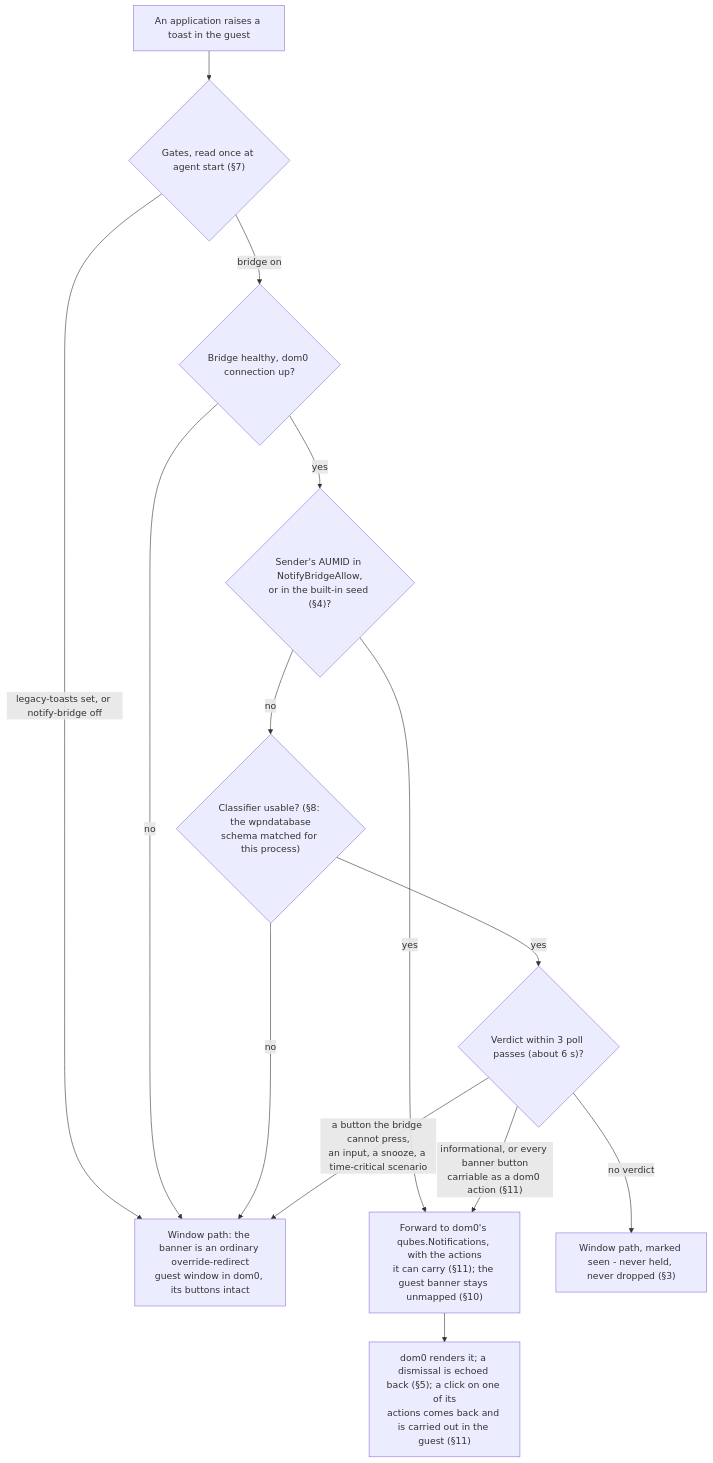
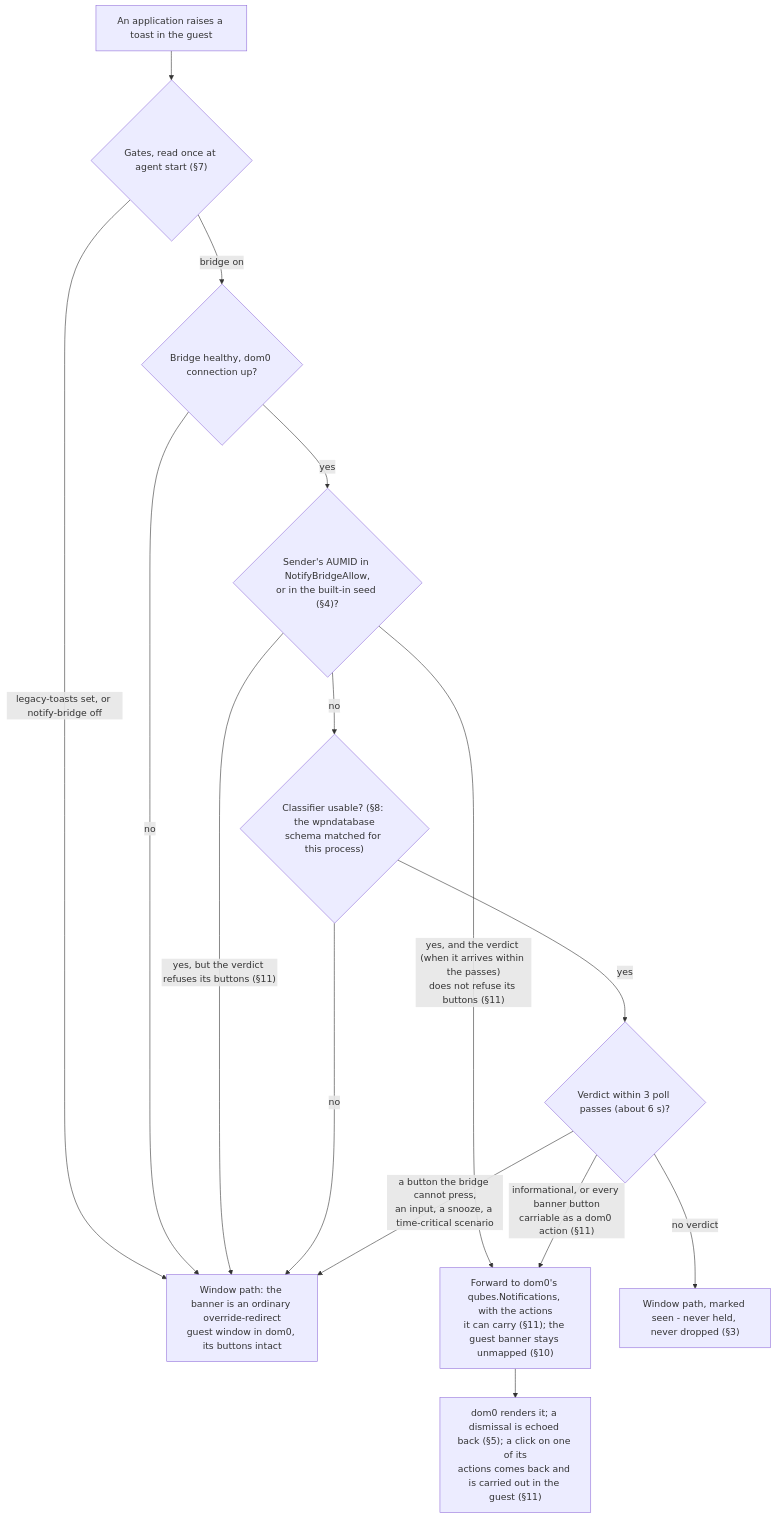
One commit to arkenoi/qubes-win-idd-driver changed the diagram in docs/ADR-toasts.md. Above: the diagram before and after it, drawn with Mermaid. The commit also changed other lines of this file and 6 other files, not shown here.

````diff
--- a/docs/ADR-toasts.md
+++ b/docs/ADR-toasts.md
@@ -41,16 +42,17 @@
 ```mermaid
 flowchart TD
     A["An application raises a toast in the guest"] --> G{"Gates, read once at agent start (§7)"}
     G -->|"legacy-toasts set, or notify-bridge off"| W["Window path: the banner is an ordinary override-redirect<br/>guest window in dom0, its buttons intact"]
     G -->|"bridge on"| H{"Bridge healthy, dom0 connection up?"}
     H -->|no| W
     H -->|yes| L{"Sender's AUMID in NotifyBridgeAllow,<br/>or in the built-in seed (§4)?"}
-    L -->|yes| F["Forward to dom0's qubes.Notifications, with the actions<br/>it can carry (§11); the guest banner stays unmapped (§10)"]
+    L -->|"yes, and the verdict (when it arrives within the passes)<br/>does not refuse its buttons (§11)"| F["Forward to dom0's qubes.Notifications, with the actions<br/>it can carry (§11); the guest banner stays unmapped (§10)"]
+    L -->|"yes, but the verdict refuses its buttons (§11)"| W
     L -->|no| S{"Classifier usable? (§8: the wpndatabase<br/>schema matched for this process)"}
     S -->|no| W
     S -->|yes| V{"Verdict within 3 poll passes (about 6 s)?"}
     V -->|"informational, or every banner button<br/>carriable as a dom0 action (§11)"| F
     V -->|"a button the bridge cannot press,<br/>an input, a snooze, a time-critical scenario"| W
     V -->|"no verdict"| W2["Window path, marked seen - never held, never dropped (§3)"]
     F --> D["dom0 renders it; a dismissal is echoed back (§5); a click on one of its<br/>actions comes back and is carried out in the guest (§11)"]
 ```
````
